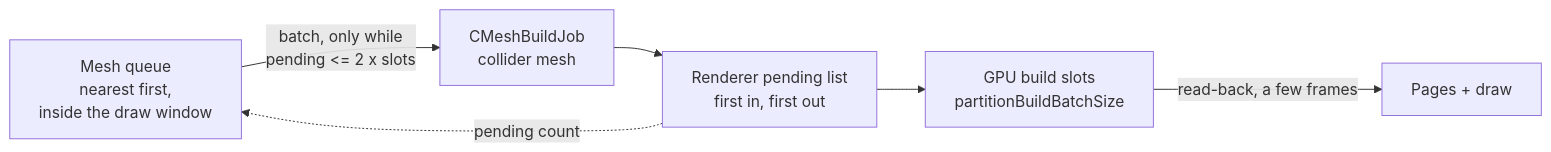
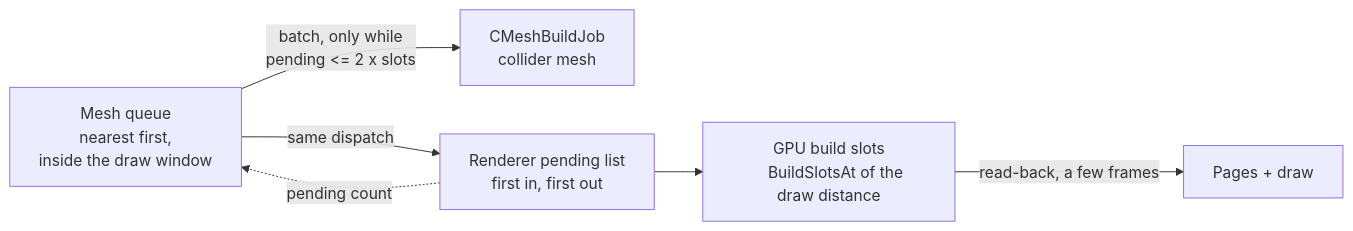
Diagram 12 of 13 in Assets/Engine/Docs/MeshAndRenderPipeline.md (anilas5235/Infinitile), drawn with Mermaid before and after one commit. The commit also changed other lines of this file and 5 other files, not shown here.

````diff
--- a/Assets/Engine/Docs/MeshAndRenderPipeline.md
+++ b/Assets/Engine/Docs/MeshAndRenderPipeline.md
@@ -668,14 +668,14 @@
 ```mermaid
 flowchart LR
     Q[Mesh queue
     nearest first,
     inside the draw window] -->|batch, only while
     pending <= 2 x slots| J[CMeshBuildJob
     collider mesh]
-    J --> P[Renderer pending list
+    Q -->|same dispatch| P[Renderer pending list
     first in, first out]
     P --> S[GPU build slots
-    partitionBuildBatchSize]
+    BuildSlotsAt of the draw distance]
     S -->|read-back, a few frames| R[Pages + draw]
     P -. pending count .-> Q
 ```
````
